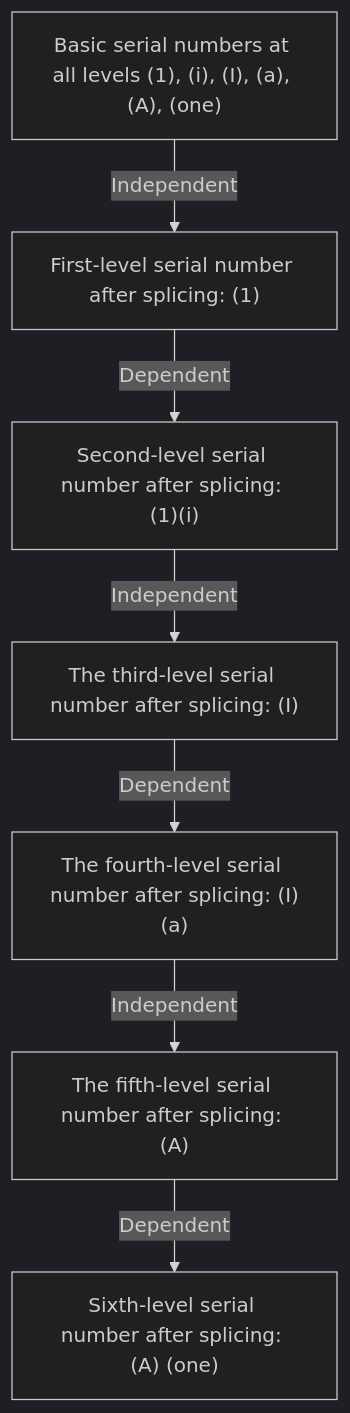
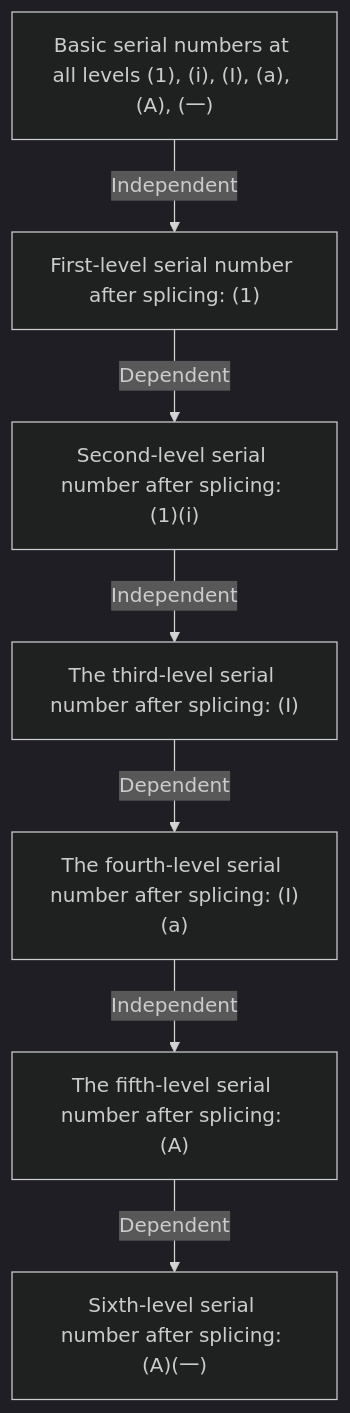
One commit to jiang-taibai/markdown-renumber changed the third of 3 diagrams in src/assets/md/help-document/en_US.md. Above: the diagram before and after it, drawn with Mermaid (dark theme). The commit also changed other lines of this file and 6 other files, not shown here.

````diff
--- a/src/assets/md/help-document/en_US.md
+++ b/src/assets/md/help-document/en_US.md
@@ -278,10 +278,10 @@
 ```mermaid
 flowchart TD
-    A["Basic serial numbers at all levels (1), (i), (I), (a), (A), (one)"]
+    A["Basic serial numbers at all levels (1), (i), (I), (a), (A), (一)"]
     A -- Independent --> B["First-level serial number after splicing: (1)"]
     B -- Dependent --> C["Second-level serial number after splicing: (1)(i)"]
     C -- Independent --> D["The third-level serial number after splicing: (I)"]
     D -- Dependent --> E["The fourth-level serial number after splicing: (I)(a)"]
     E -- Independent --> F["The fifth-level serial number after splicing: (A)"]
-    F -- Dependent --> G["Sixth-level serial number after splicing: (A) (one)"]
+    F -- Dependent --> G["Sixth-level serial number after splicing: (A)(一)"]
 ```
````
